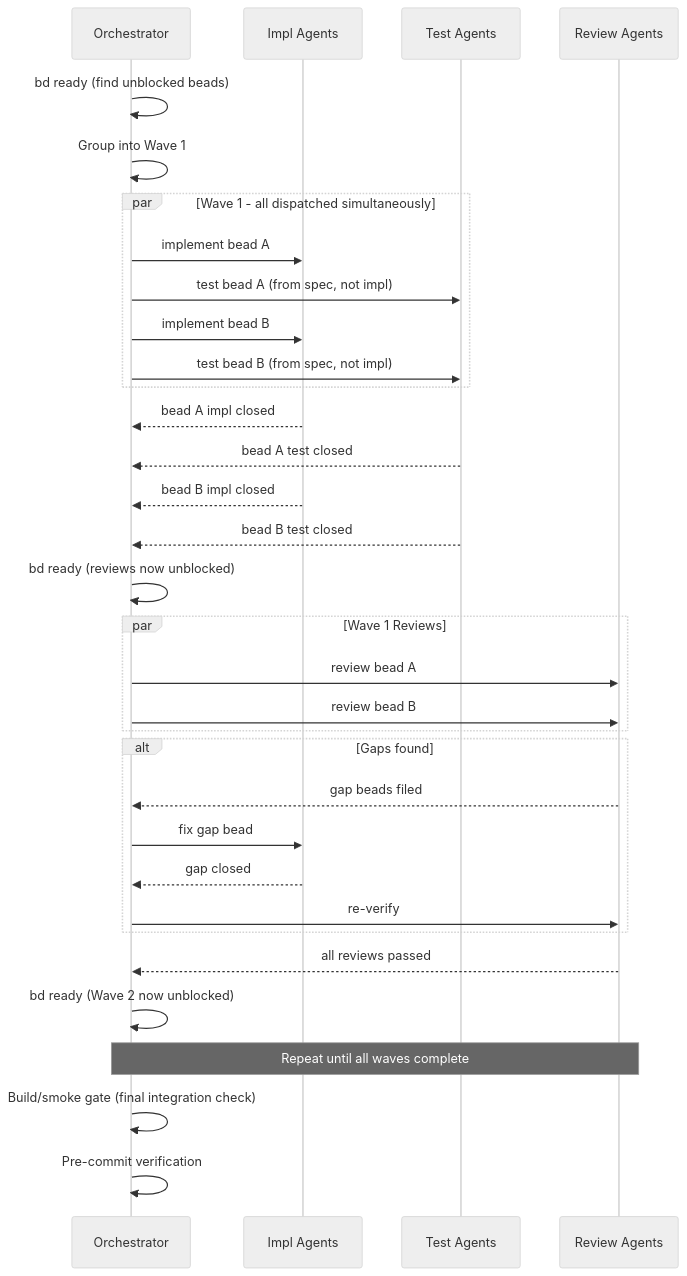
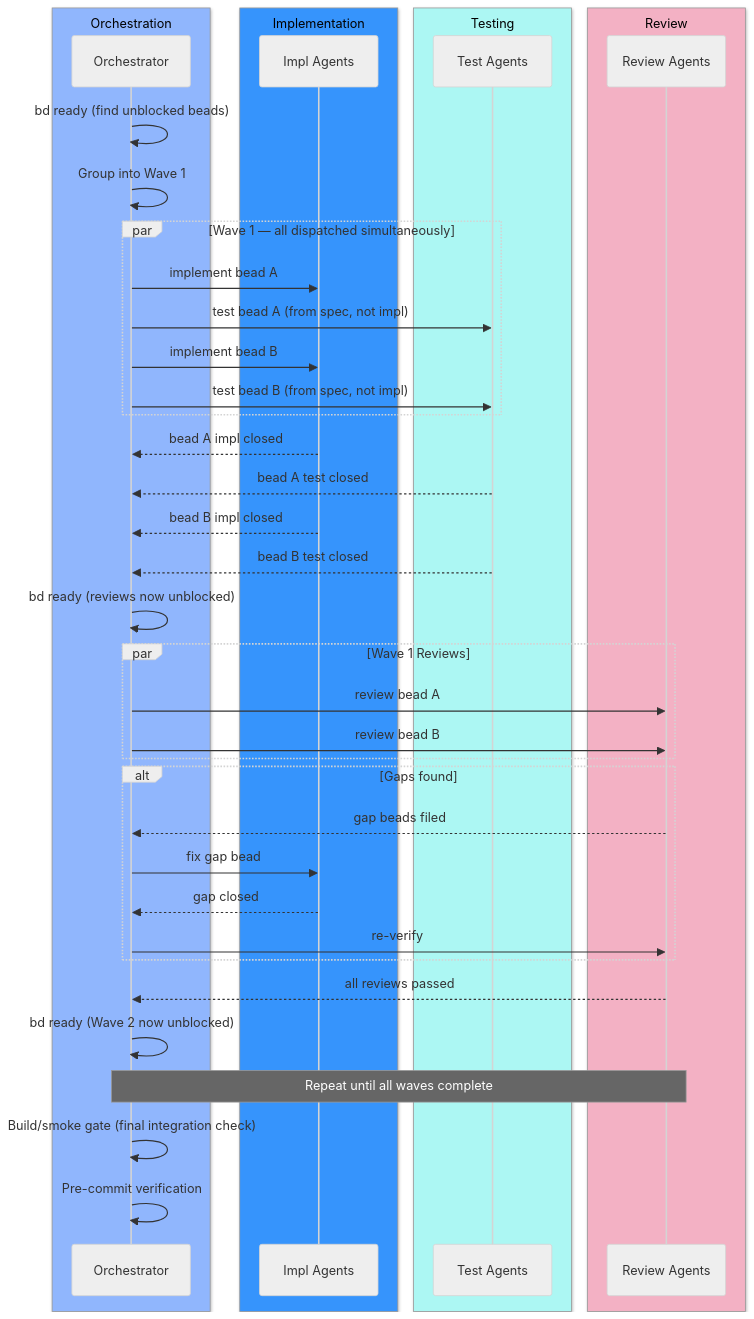
One commit to Sand2Silicon/sand2silicon-agentic-skills changed the fourth of 5 diagrams in plugins/sdd-workflow/README.md. Above: the diagram before and after it, drawn with Mermaid (neutral theme). The commit also changed other lines of this file, not shown here.

````diff
--- a/plugins/sdd-workflow/README.md
+++ b/plugins/sdd-workflow/README.md
@@ -145,44 +166,52 @@
 ```mermaid
 sequenceDiagram
-    participant O as Orchestrator
-    participant IA as Impl Agents
-    participant TA as Test Agents
-    participant RA as Review Agents
+    box rgb(144, 182, 253) Orchestration
+        participant O as Orchestrator
+    end
+    box rgb(54, 148, 252) Implementation
+        participant IA as Impl Agents
+    end
+    box rgb(172, 247, 243) Testing
+        participant TA as Test Agents
+    end
+    box rgb(243, 177, 196) Review
+        participant RA as Review Agents
+    end
 
     O->>O: bd ready (find unblocked beads)
     O->>O: Group into Wave 1
 
-    par Wave 1 - all dispatched simultaneously
+    par Wave 1 — all dispatched simultaneously
         O->>IA: implement bead A
         O->>TA: test bead A (from spec, not impl)
         O->>IA: implement bead B
         O->>TA: test bead B (from spec, not impl)
     end
 
     IA-->>O: bead A impl closed
     TA-->>O: bead A test closed
     IA-->>O: bead B impl closed
     TA-->>O: bead B test closed
 
     O->>O: bd ready (reviews now unblocked)
 
     par Wave 1 Reviews
         O->>RA: review bead A
         O->>RA: review bead B
     end
 
     alt Gaps found
         RA-->>O: gap beads filed
         O->>IA: fix gap bead
         IA-->>O: gap closed
         O->>RA: re-verify
     end
 
     RA-->>O: all reviews passed
 
     O->>O: bd ready (Wave 2 now unblocked)
     Note over O,RA: Repeat until all waves complete
 
     O->>O: Build/smoke gate (final integration check)
     O->>O: Pre-commit verification
 ```
````
